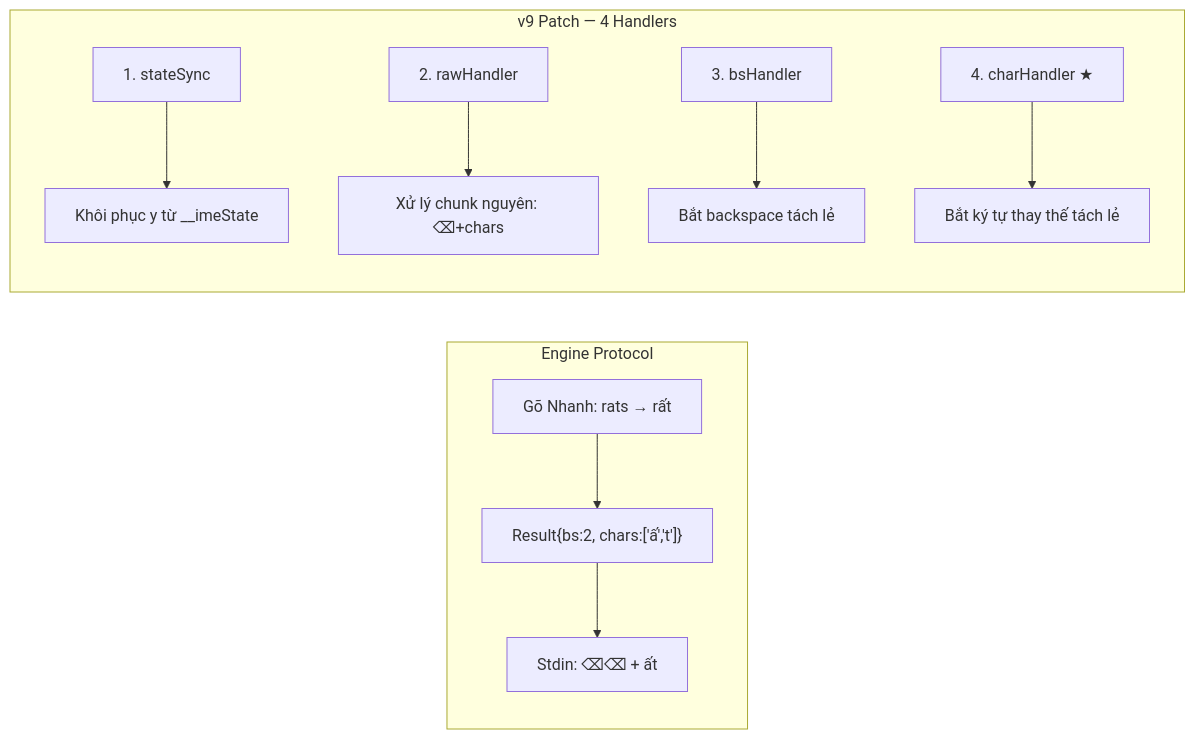
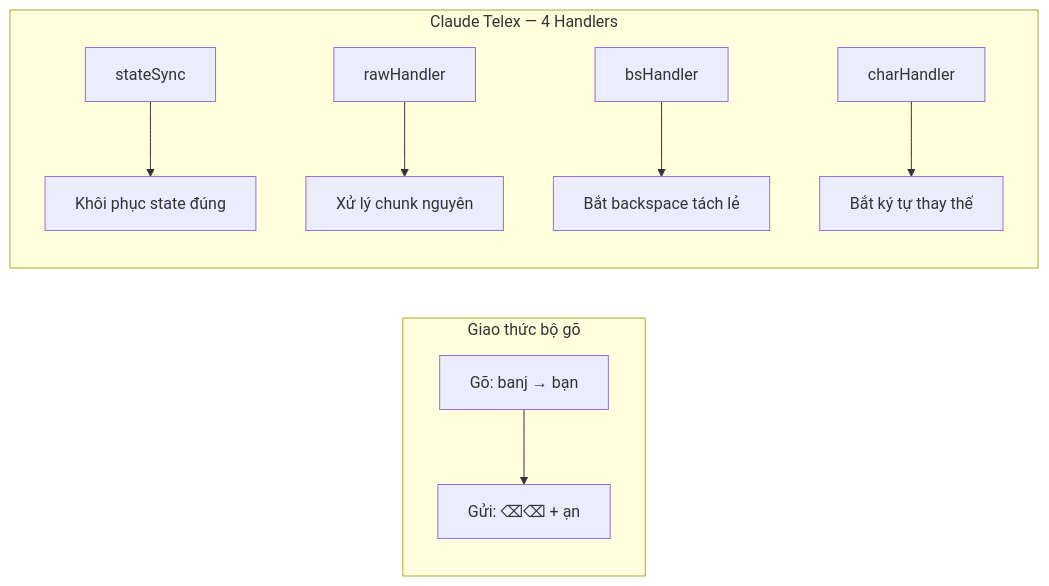
Before and after one commit to nguyenhx2/Claude-Telex: the first of 2 diagrams in README.md, drawn with Mermaid. The commit also changed other lines of this file and 3 other files, not shown here.

````diff
--- a/README.md
+++ b/README.md
@@ -39,13 +41,12 @@
 ```mermaid
 flowchart LR
-    subgraph "Engine Protocol"
-        A["Gõ Nhanh: rats → rất"] --> B["Result{bs:2, chars:['ấ','t']}"]
-        B --> C["Stdin: ⌫⌫ + ất"]
+    subgraph "Giao thức bộ gõ"
+        A["Gõ: banj → bạn"] --> B["Gửi: ⌫⌫ + ạn"]
     end
-    subgraph "v9 Patch — 4 Handlers"
-        D["1. stateSync"] --> E["Khôi phục y từ __imeState"]
-        F["2. rawHandler"] --> G["Xử lý chunk nguyên: ⌫+chars"]
-        H["3. bsHandler"] --> I["Bắt backspace tách lẻ"]
-        J["4. charHandler ★"] --> K["Bắt ký tự thay thế tách lẻ"]
+    subgraph "Claude Telex — 4 Handlers"
+        C["stateSync"] --> D["Khôi phục state đúng"]
+        E["rawHandler"] --> F["Xử lý chunk nguyên"]
+        G["bsHandler"] --> H["Bắt backspace tách lẻ"]
+        I["charHandler"] --> J["Bắt ký tự thay thế"]
     end
 ```
````
